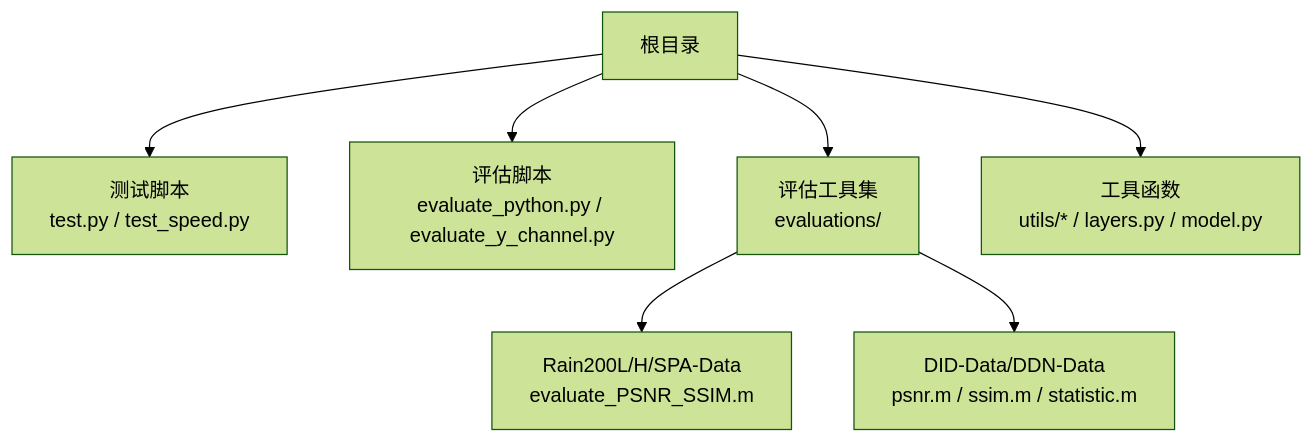
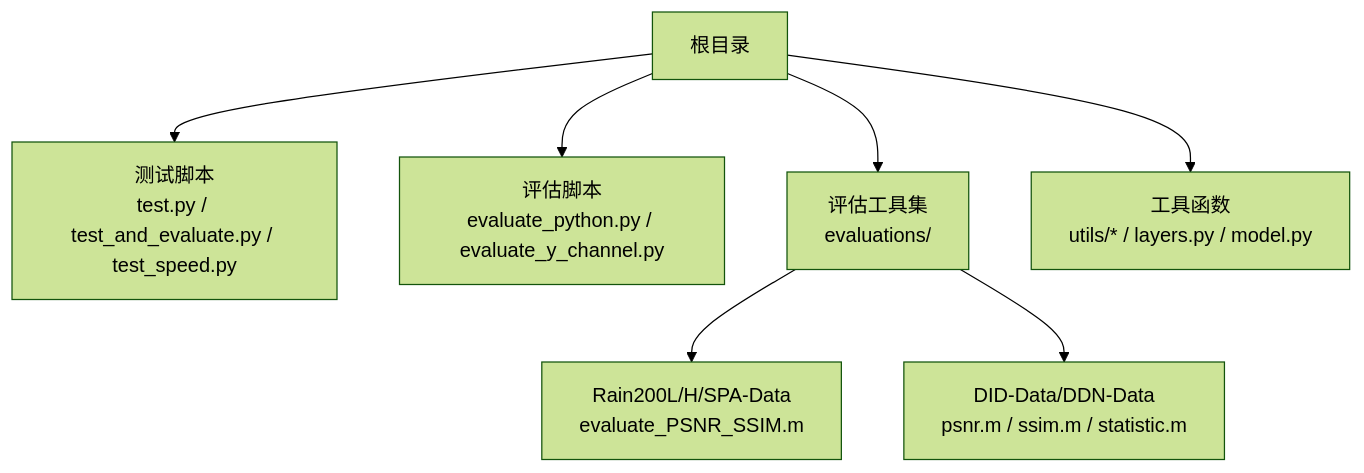
The first of 9 diagrams in .qoder/repowiki/zh/content/评估与测试/评估与测试.md (MSan333/NeRD-Rain-main), drawn with Mermaid (forest theme) before and after one commit. The commit also changed other lines of this file and 26 other files, not shown here.

First line of the commit message:
docs: 添加答辩用架构图（8张HTML/SVG模块图）

````diff
--- a/.qoder/repowiki/zh/content/评估与测试/评估与测试.md
+++ b/.qoder/repowiki/zh/content/评估与测试/评估与测试.md
@@ -47,9 +52,9 @@
 ```mermaid
 graph TB
-A["根目录"] --> B["测试脚本<br/>test.py / test_speed.py"]
+A["根目录"] --> B["测试脚本<br/>test.py / test_and_evaluate.py / test_speed.py"]
 A --> C["评估脚本<br/>evaluate_python.py / evaluate_y_channel.py"]
 A --> D["评估工具集<br/>evaluations/"]
 A --> E["工具函数<br/>utils/* / layers.py / model.py"]
 D --> D1["Rain200L/H/SPA-Data<br/>evaluate_PSNR_SSIM.m"]
 D --> D2["DID-Data/DDN-Data<br/>psnr.m / ssim.m / statistic.m"]
 ```
````
